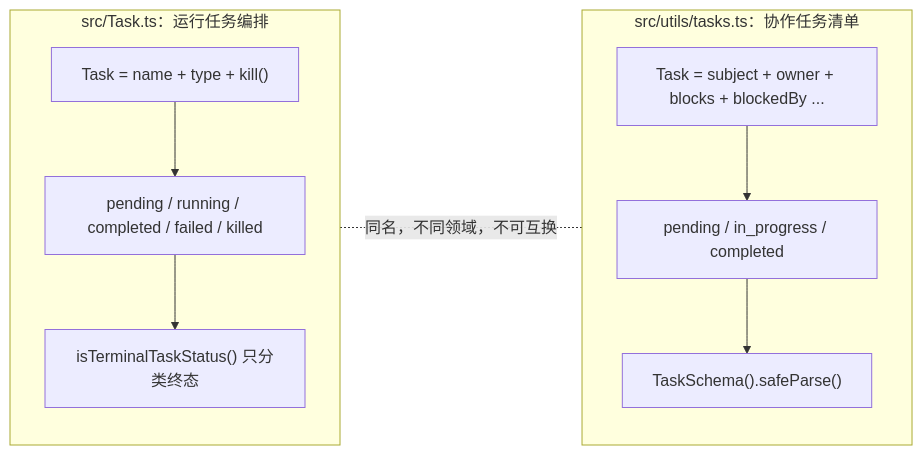
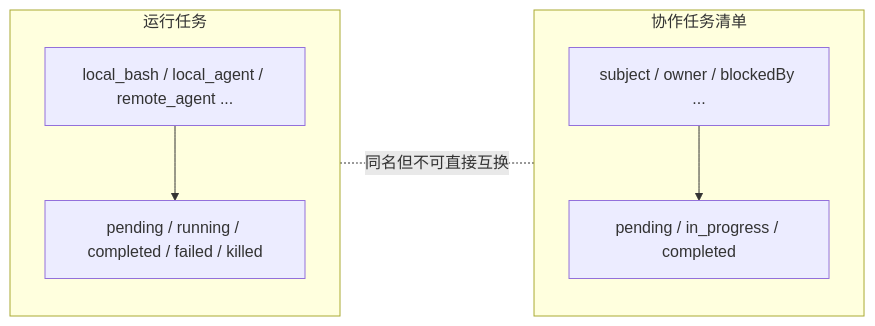
Before and after one commit to bai201928/claude-code-source-course: the fourth of 13 diagrams in curriculum/units/M01/final.md, drawn with Mermaid. The commit also changed other lines of this file, not shown here.

Commit message:
重构 M01-M04 为一体化 Agent 基础教材

````diff
--- a/curriculum/units/M01/final.md
+++ b/curriculum/units/M01/final.md
@@ -241,18 +360,12 @@
 ```mermaid
 flowchart LR
-  subgraph ORCH["src/Task.ts：运行任务编排"]
-    OT["Task = name + type + kill()"]
-    OS["pending / running / completed / failed / killed"]
-    TERM["isTerminalTaskStatus() 只分类终态"]
-    OT --> OS --> TERM
+  subgraph RUNTIME["运行任务"]
+    A["local_bash / local_agent / remote_agent ..."] --> B["pending / running / completed / failed / killed"]
   end
 
-  subgraph TODO["src/utils/tasks.ts：协作任务清单"]
-    TT["Task = subject + owner + blocks + blockedBy ..."]
-    TS["pending / in_progress / completed"]
-    ZOD["TaskSchema().safeParse()"]
-    TT --> TS --> ZOD
+  subgraph WORK["协作任务清单"]
+    C["subject / owner / blockedBy ..."] --> D["pending / in_progress / completed"]
   end
 
-  ORCH -. "同名，不同领域，不可互换" .- TODO
+  RUNTIME -. "同名但不可直接互换" .- WORK
 ```
````
